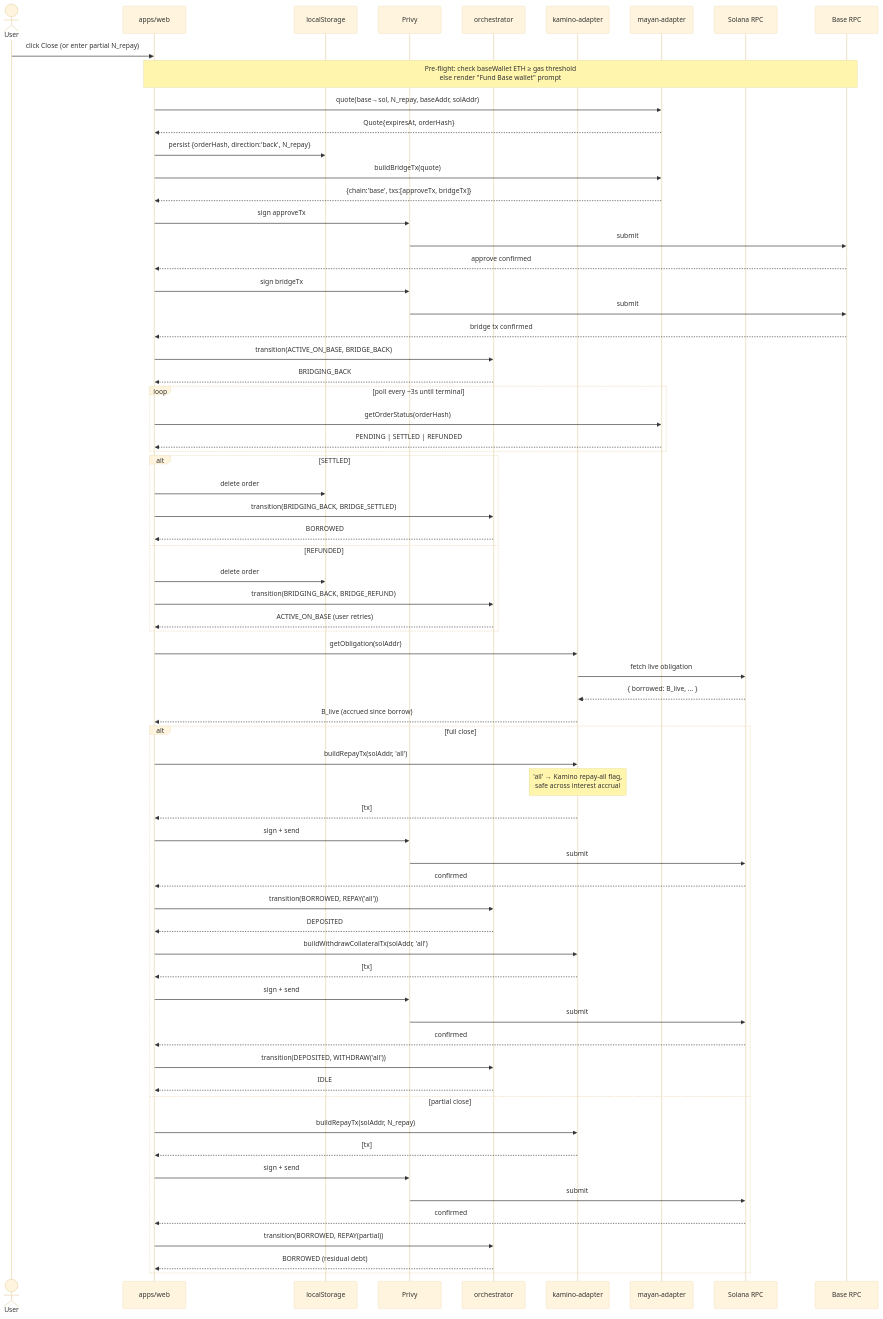
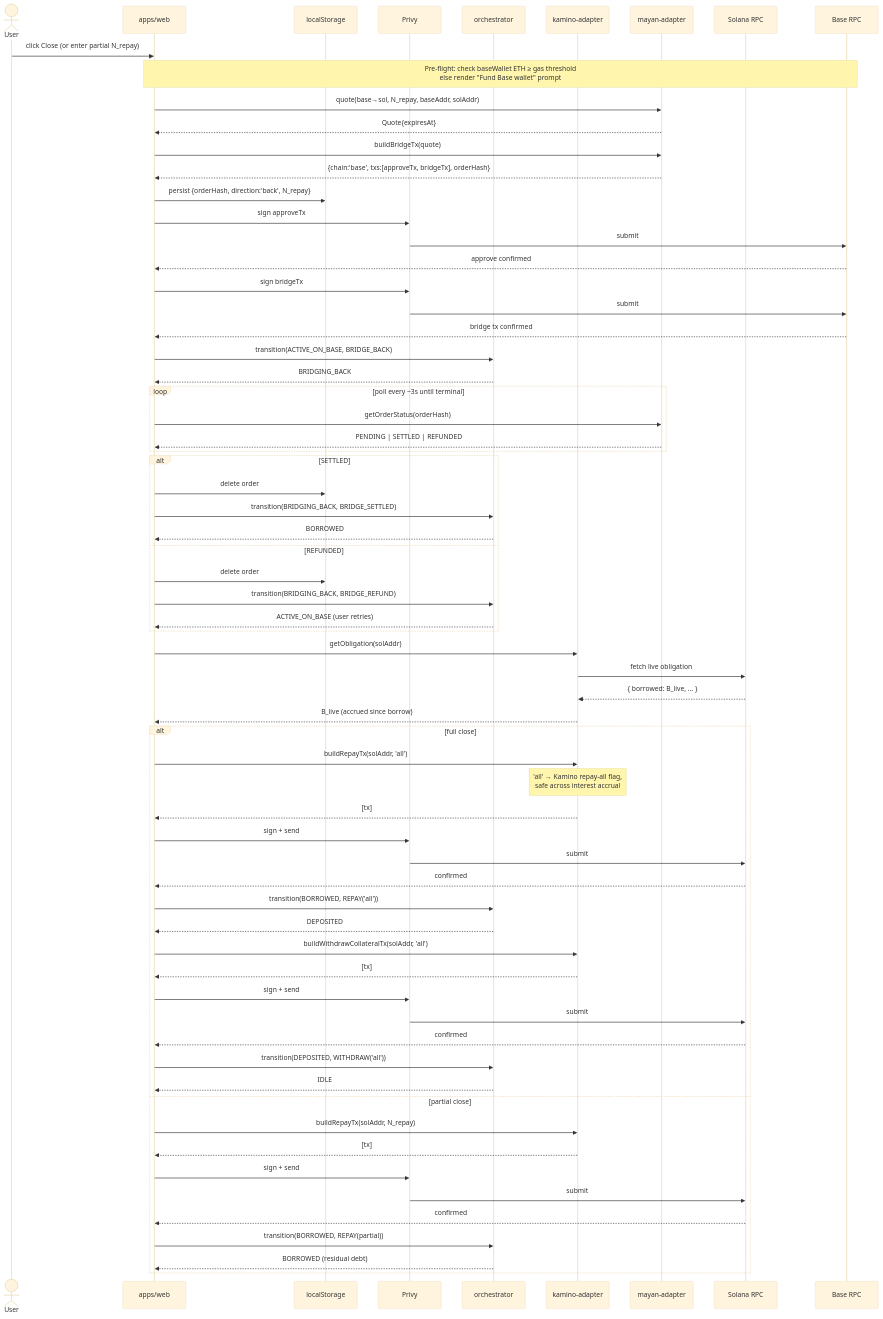
The fifth of 7 diagrams in docs/ARCHITECTURE.md (Milerius/kast-project), drawn with Mermaid (base theme) before and after one commit. The commit also changed other lines of this file, not shown here.

First line of the commit message:
docs(architecture): move orderHash from Quote to buildBridgeTx return

````diff
--- a/docs/ARCHITECTURE.md
+++ b/docs/ARCHITECTURE.md
@@ -222,76 +222,76 @@
 ```mermaid
 sequenceDiagram
     actor User
     participant UI as apps/web
     participant LS as localStorage
     participant P as Privy
     participant O as orchestrator
     participant K as kamino-adapter
     participant M as mayan-adapter
     participant SOL as Solana RPC
     participant BASE as Base RPC
 
     User->>UI: click Close (or enter partial N_repay)
     Note over UI,BASE: Pre-flight: check baseWallet ETH ≥ gas threshold<br/>else render "Fund Base wallet" prompt
 
     UI->>M: quote(base→sol, N_repay, baseAddr, solAddr)
-    M-->>UI: Quote{expiresAt, orderHash}
+    M-->>UI: Quote{expiresAt}
+    UI->>M: buildBridgeTx(quote)
+    M-->>UI: {chain:'base', txs:[approveTx, bridgeTx], orderHash}
     UI->>LS: persist {orderHash, direction:'back', N_repay}
-    UI->>M: buildBridgeTx(quote)
-    M-->>UI: {chain:'base', txs:[approveTx, bridgeTx]}
 
     UI->>P: sign approveTx
     P->>BASE: submit
     BASE-->>UI: approve confirmed
     UI->>P: sign bridgeTx
     P->>BASE: submit
     BASE-->>UI: bridge tx confirmed
     UI->>O: transition(ACTIVE_ON_BASE, BRIDGE_BACK)
     O-->>UI: BRIDGING_BACK
 
     loop poll every ~3s until terminal
         UI->>M: getOrderStatus(orderHash)
         M-->>UI: PENDING | SETTLED | REFUNDED
     end
     alt SETTLED
         UI->>LS: delete order
         UI->>O: transition(BRIDGING_BACK, BRIDGE_SETTLED)
         O-->>UI: BORROWED
     else REFUNDED
         UI->>LS: delete order
         UI->>O: transition(BRIDGING_BACK, BRIDGE_REFUND)
         O-->>UI: ACTIVE_ON_BASE (user retries)
     end
 
     UI->>K: getObligation(solAddr)
     K->>SOL: fetch live obligation
     SOL-->>K: { borrowed: B_live, ... }
     K-->>UI: B_live (accrued since borrow)
 
     alt full close
         UI->>K: buildRepayTx(solAddr, 'all')
         Note over K: 'all' → Kamino repay-all flag,<br/>safe across interest accrual
         K-->>UI: [tx]
         UI->>P: sign + send
         P->>SOL: submit
         SOL-->>UI: confirmed
         UI->>O: transition(BORROWED, REPAY('all'))
         O-->>UI: DEPOSITED
 
         UI->>K: buildWithdrawCollateralTx(solAddr, 'all')
         K-->>UI: [tx]
         UI->>P: sign + send
         P->>SOL: submit
         SOL-->>UI: confirmed
         UI->>O: transition(DEPOSITED, WITHDRAW('all'))
         O-->>UI: IDLE
     else partial close
         UI->>K: buildRepayTx(solAddr, N_repay)
         K-->>UI: [tx]
         UI->>P: sign + send
         P->>SOL: submit
         SOL-->>UI: confirmed
         UI->>O: transition(BORROWED, REPAY(partial))
         O-->>UI: BORROWED (residual debt)
     end
 ```
````
